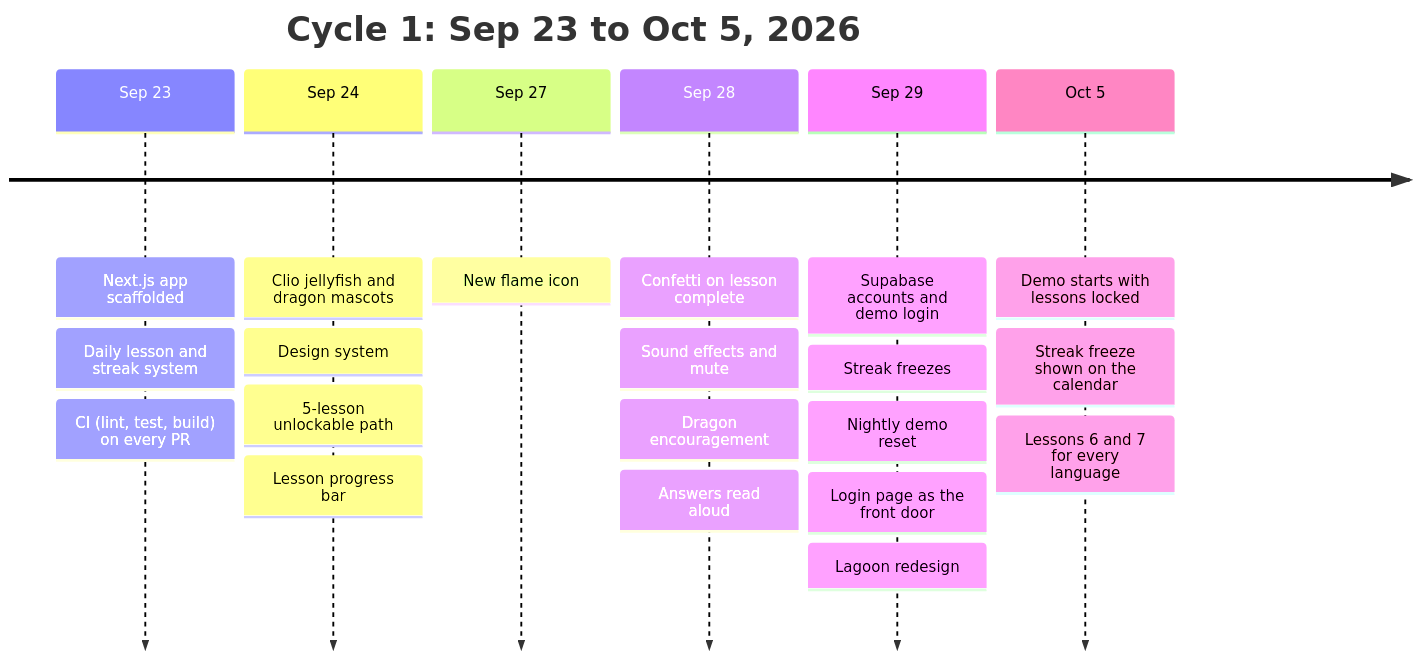
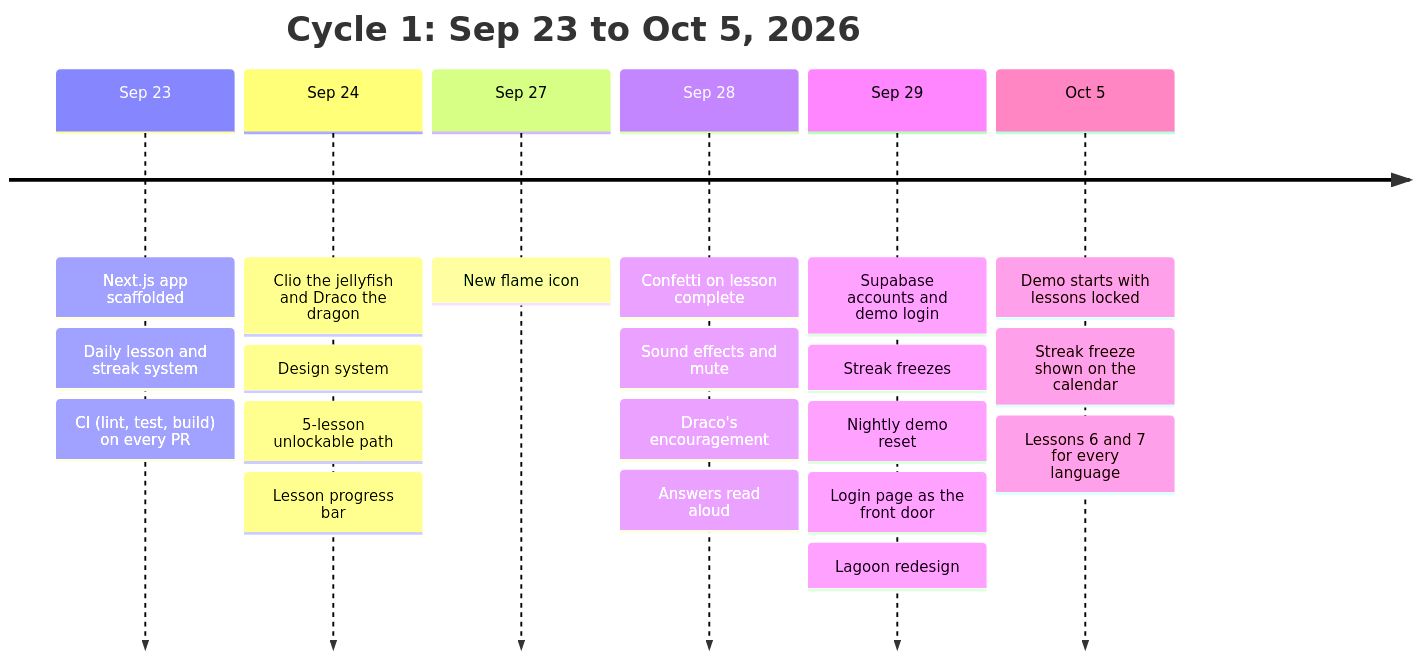
Before and after one commit to Soma-Majumder/Duolingo-Clone: the diagram in README.md, drawn with Mermaid. The commit also changed other lines of this file and 1 other file, not shown here.

First line of the commit message:
Name the dragon mascot Draco

````diff
--- a/README.md
+++ b/README.md
@@ -201,24 +201,24 @@
 ```mermaid
 timeline
     title Cycle 1: Sep 23 to Oct 5, 2026
     Sep 23 : Next.js app scaffolded
            : Daily lesson and streak system
            : CI (lint, test, build) on every PR
-    Sep 24 : Clio jellyfish and dragon mascots
+    Sep 24 : Clio the jellyfish and Draco the dragon
            : Design system
            : 5-lesson unlockable path
            : Lesson progress bar
     Sep 27 : New flame icon
     Sep 28 : Confetti on lesson complete
            : Sound effects and mute
-           : Dragon encouragement
+           : Draco's encouragement
            : Answers read aloud
     Sep 29 : Supabase accounts and demo login
            : Streak freezes
            : Nightly demo reset
            : Login page as the front door
            : Lagoon redesign
     Oct 5  : Demo starts with lessons locked
            : Streak freeze shown on the calendar
            : Lessons 6 and 7 for every language
 ```
````
